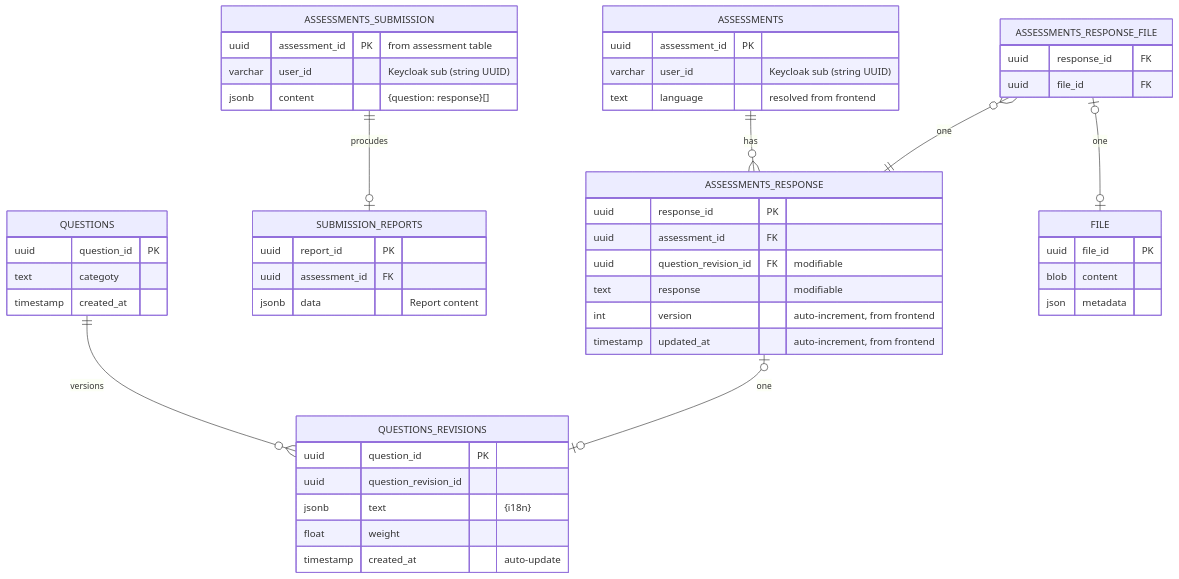
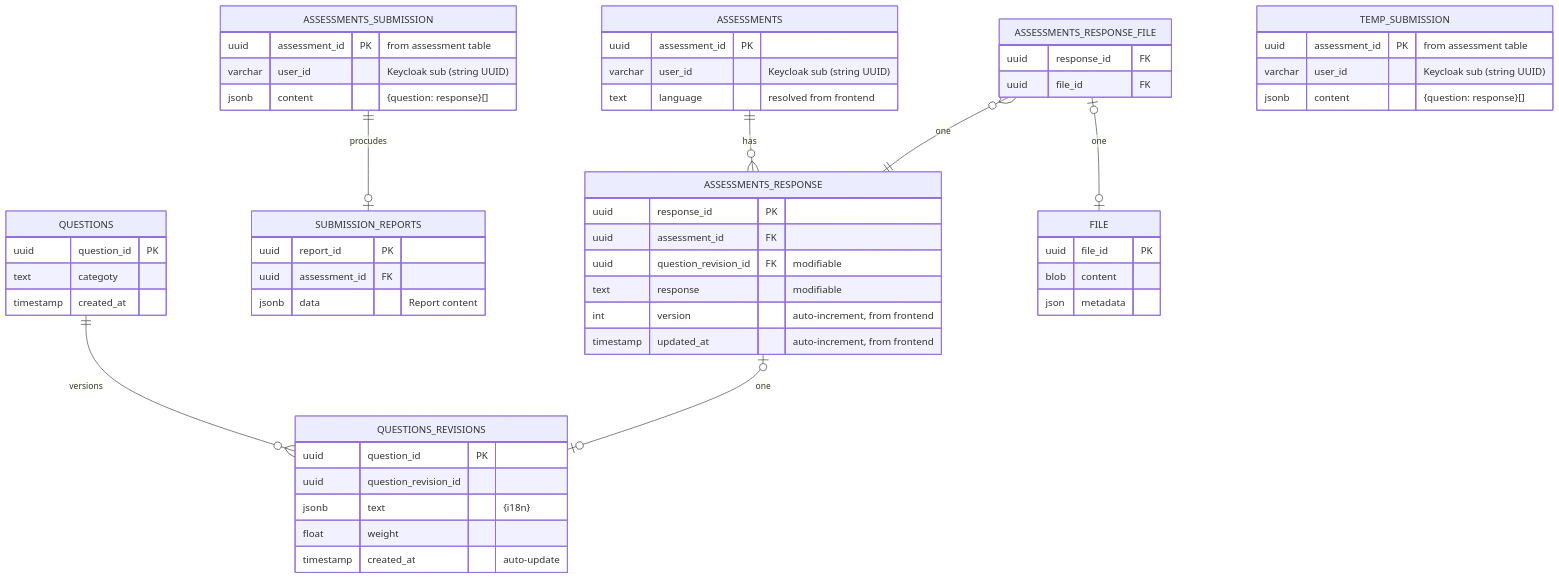
One commit to ADORSYS-GIS/DGAT-sustainability changed the diagram in backend/src/common/database/entity/README.md. Above: the diagram before and after it, drawn with Mermaid.

Commit message:
docs: update `README.md` to document `TEMP_SUBMISSION` table structure

````diff
--- a/backend/src/common/database/entity/README.md
+++ b/backend/src/common/database/entity/README.md
@@ -26,61 +26,67 @@
 ```mermaid
 erDiagram
 ASSESSMENTS ||--o{ ASSESSMENTS_RESPONSE : "has"
 ASSESSMENTS_SUBMISSION ||--o| SUBMISSION_REPORTS : "procudes"
 QUESTIONS  || --o{ QUESTIONS_REVISIONS : "versions"
 ASSESSMENTS_RESPONSE |o--o| QUESTIONS_REVISIONS : "one"
 ASSESSMENTS_RESPONSE_FILE }o--|| ASSESSMENTS_RESPONSE : "one"
 ASSESSMENTS_RESPONSE_FILE |o--o| FILE : "one"
 
     ASSESSMENTS_SUBMISSION {
         uuid assessment_id PK "from assessment table"
         varchar user_id "Keycloak sub (string UUID)"
         jsonb content "{question: response}[]"
     }
 
     ASSESSMENTS {
         uuid assessment_id PK
         varchar user_id "Keycloak sub (string UUID)"
         text language "resolved from frontend"
     }
 
     ASSESSMENTS_RESPONSE {
         uuid response_id PK
         uuid assessment_id FK
         uuid question_revision_id FK "modifiable"
         text response "modifiable"
         int version "auto-increment, from frontend"
         timestamp updated_at "auto-increment, from frontend"
     }
 
     ASSESSMENTS_RESPONSE_FILE {
         uuid response_id FK
         uuid file_id FK
     }
 
     FILE {
         uuid file_id PK
         blob content
         json metadata
     }
 
     QUESTIONS {
         uuid question_id PK
         text categoty
         timestamp created_at
     }
 
     QUESTIONS_REVISIONS {
         uuid question_id PK
         uuid question_revision_id 
         jsonb text "{i18n}"
         float weight
         timestamp created_at "auto-update"
     }
 
     SUBMISSION_REPORTS {
         uuid report_id PK
         uuid assessment_id FK
         jsonb data "Report content"
     }
+
+    TEMP_SUBMISSION {
+        uuid assessment_id PK "from assessment table"
+        varchar user_id "Keycloak sub (string UUID)"
+        jsonb content "{question: response}[]"
+    }
 ```
````
